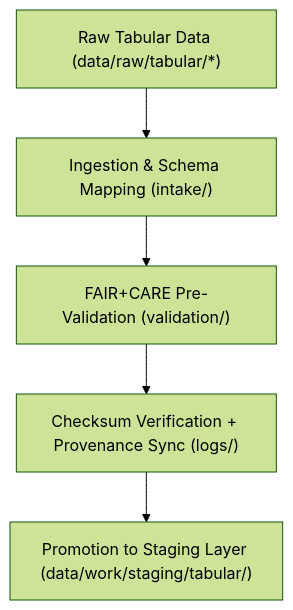
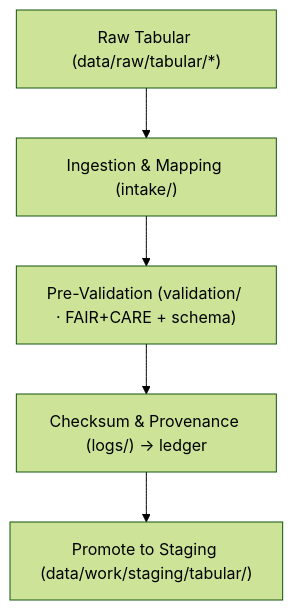
The diagram in data/work/tmp/tabular/README.md (bartytime4life/Kansas-Frontier-Matrix), drawn with Mermaid (forest theme) before and after one commit. The commit also changed other lines of this file, not shown here.

````diff
--- a/data/work/tmp/tabular/README.md
+++ b/data/work/tmp/tabular/README.md
@@ -79,7 +82,7 @@
 ```mermaid
 flowchart TD
-    A["Raw Tabular Data (data/raw/tabular/*)"] --> B["Ingestion & Schema Mapping (intake/)"]
-    B --> C["FAIR+CARE Pre-Validation (validation/)"]
-    C --> D["Checksum Verification + Provenance Sync (logs/)"]
-    D --> E["Promotion to Staging Layer (data/work/staging/tabular/)"]
+    A["Raw Tabular (data/raw/tabular/*)"] --> B["Ingestion & Mapping (intake/)"]
+    B --> C["Pre-Validation (validation/ · FAIR+CARE + schema)"]
+    C --> D["Checksum & Provenance (logs/) → ledger"]
+    D --> E["Promote to Staging (data/work/staging/tabular/)"]
 ```
````
